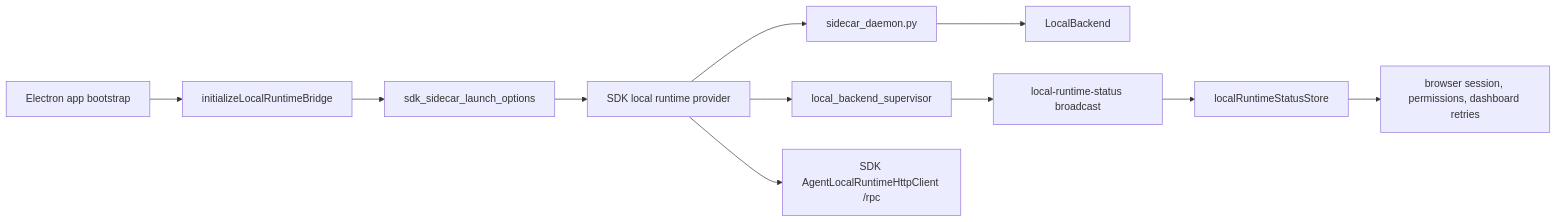
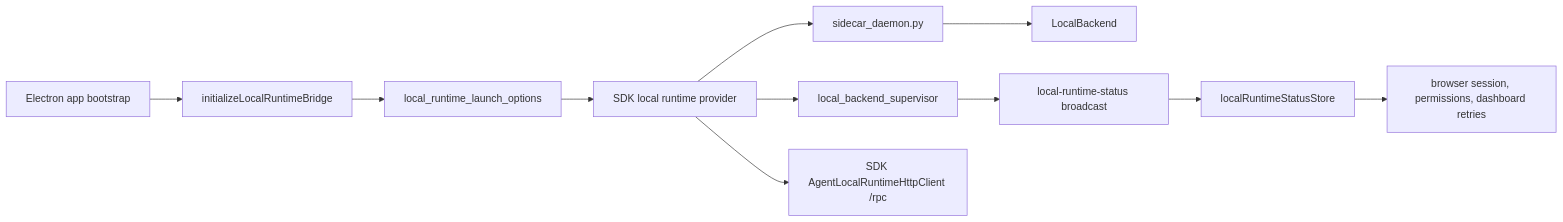
One commit to buiilding/My_Own_OpenClaw changed the diagram in docs/frontend/main/local_backend/process_lifecycle_change_workflow.md. Above: the diagram before and after it, drawn with Mermaid. The commit also changed other lines of this file and 18 other files, not shown here.

First line of the commit message:
refactor(main): rename local runtime launch module

````diff
--- a/docs/frontend/main/local_backend/process_lifecycle_change_workflow.md
+++ b/docs/frontend/main/local_backend/process_lifecycle_change_workflow.md
@@ -18,13 +18,13 @@
 ```mermaid
 flowchart LR
   AppBootstrap["Electron app bootstrap"] --> BridgeInit["initializeLocalRuntimeBridge"]
-  BridgeInit --> LaunchOptions["sdk_sidecar_launch_options"]
+  BridgeInit --> LaunchOptions["local_runtime_launch_options"]
   LaunchOptions --> SDKProvider["SDK local runtime provider"]
   SDKProvider --> Daemon["sidecar_daemon.py"]
   Daemon --> LocalBackend["LocalBackend"]
   SDKProvider --> Supervisor["local_backend_supervisor"]
   Supervisor --> Status["local-runtime-status broadcast"]
   Status --> RendererStore["localRuntimeStatusStore"]
   RendererStore --> Consumers["browser session, permissions, dashboard retries"]
   SDKProvider --> Rpc["SDK AgentLocalRuntimeHttpClient /rpc"]
 ```
````
